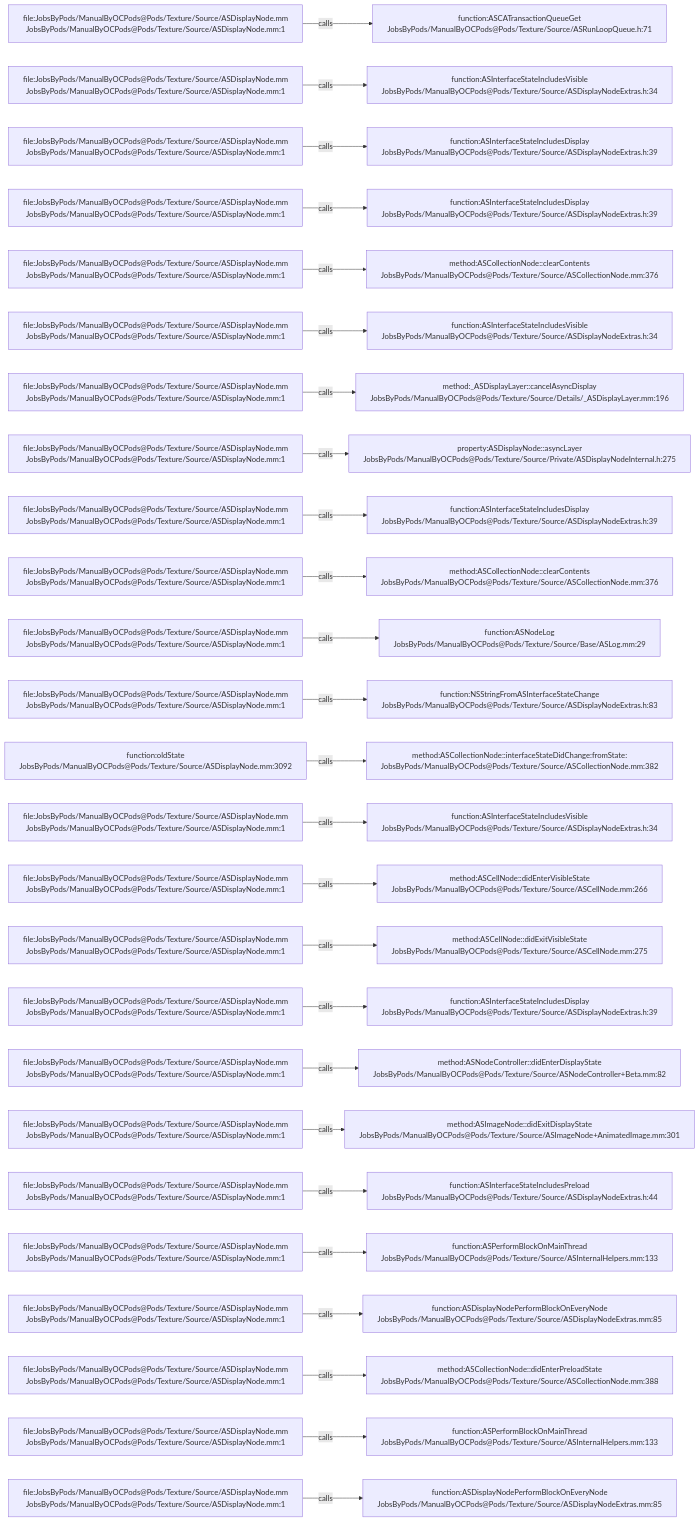
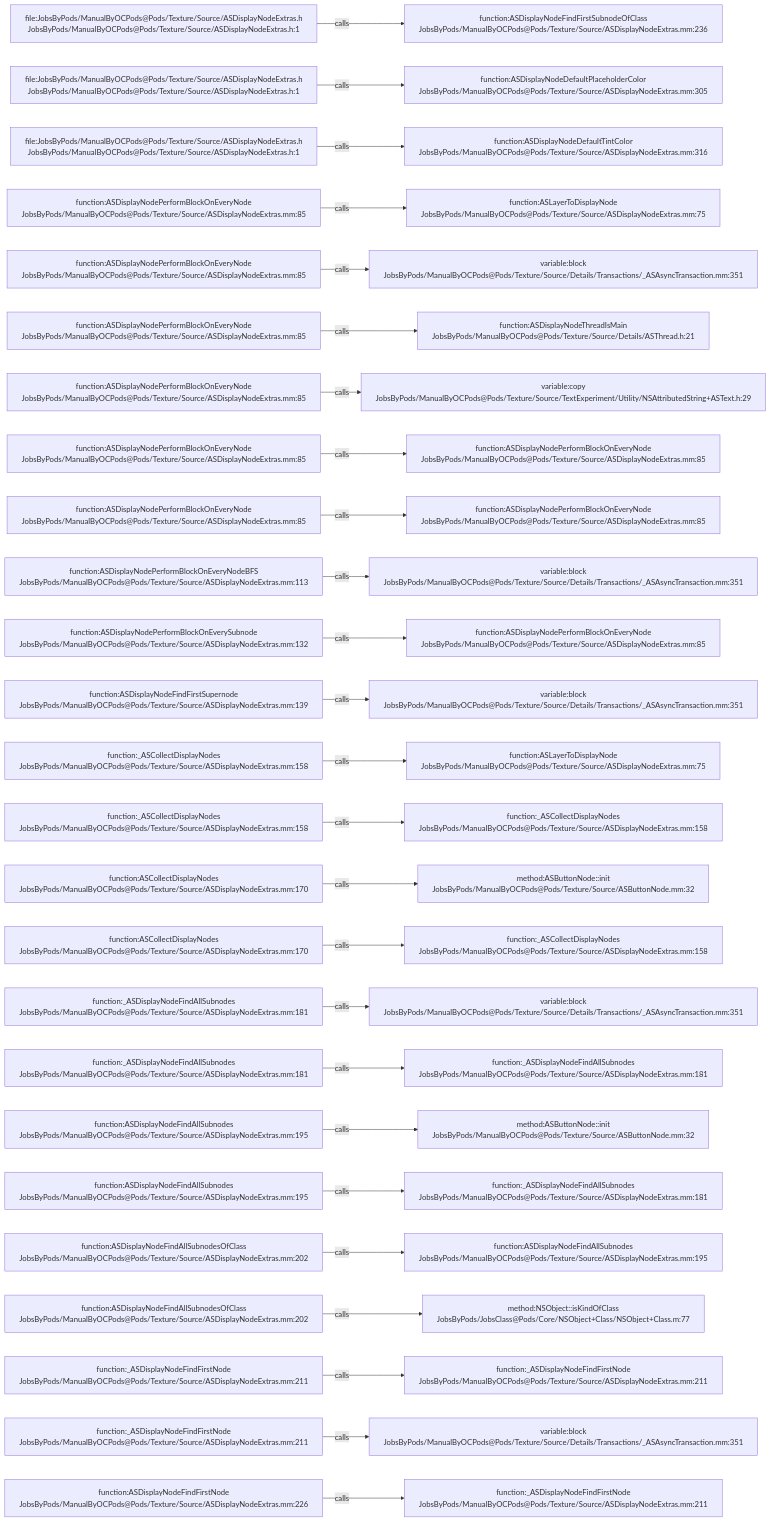
The diagram in .codegraph/codegraph.md/graphs/calls-104.md (JobsKits/JobsOCBaseConfigDemo), drawn with Mermaid before and after one commit. The commit also changed 1353 other files, not shown here.

````diff
--- a/.codegraph/codegraph.md/graphs/calls-104.md
+++ b/.codegraph/codegraph.md/graphs/calls-104.md
@@ -13,78 +13,78 @@
 ```mermaid
 flowchart LR
-  S1["file:JobsByPods/ManualByOCPods@Pods/Texture/Source/ASDisplayNode.mm<br/>JobsByPods/ManualByOCPods@Pods/Texture/Source/ASDisplayNode.mm:1"]
-  T1["function:ASCATransactionQueueGet<br/>JobsByPods/ManualByOCPods@Pods/Texture/Source/ASRunLoopQueue.h:71"]
+  S1["file:JobsByPods/ManualByOCPods@Pods/Texture/Source/ASDisplayNodeExtras.h<br/>JobsByPods/ManualByOCPods@Pods/Texture/Source/ASDisplayNodeExtras.h:1"]
+  T1["function:ASDisplayNodeFindFirstSubnodeOfClass<br/>JobsByPods/ManualByOCPods@Pods/Texture/Source/ASDisplayNodeExtras.mm:236"]
   S1 -->|calls| T1
-  S2["file:JobsByPods/ManualByOCPods@Pods/Texture/Source/ASDisplayNode.mm<br/>JobsByPods/ManualByOCPods@Pods/Texture/Source/ASDisplayNode.mm:1"]
-  T2["function:ASInterfaceStateIncludesVisible<br/>JobsByPods/ManualByOCPods@Pods/Texture/Source/ASDisplayNodeExtras.h:34"]
+  S2["file:JobsByPods/ManualByOCPods@Pods/Texture/Source/ASDisplayNodeExtras.h<br/>JobsByPods/ManualByOCPods@Pods/Texture/Source/ASDisplayNodeExtras.h:1"]
+  T2["function:ASDisplayNodeDefaultPlaceholderColor<br/>JobsByPods/ManualByOCPods@Pods/Texture/Source/ASDisplayNodeExtras.mm:305"]
   S2 -->|calls| T2
-  S3["file:JobsByPods/ManualByOCPods@Pods/Texture/Source/ASDisplayNode.mm<br/>JobsByPods/ManualByOCPods@Pods/Texture/Source/ASDisplayNode.mm:1"]
-  T3["function:ASInterfaceStateIncludesDisplay<br/>JobsByPods/ManualByOCPods@Pods/Texture/Source/ASDisplayNodeExtras.h:39"]
+  S3["file:JobsByPods/ManualByOCPods@Pods/Texture/Source/ASDisplayNodeExtras.h<br/>JobsByPods/ManualByOCPods@Pods/Texture/Source/ASDisplayNodeExtras.h:1"]
+  T3["function:ASDisplayNodeDefaultTintColor<br/>JobsByPods/ManualByOCPods@Pods/Texture/Source/ASDisplayNodeExtras.mm:316"]
   S3 -->|calls| T3
-  S4["file:JobsByPods/ManualByOCPods@Pods/Texture/Source/ASDisplayNode.mm<br/>JobsByPods/ManualByOCPods@Pods/Texture/Source/ASDisplayNode.mm:1"]
-  T4["function:ASInterfaceStateIncludesDisplay<br/>JobsByPods/ManualByOCPods@Pods/Texture/Source/ASDisplayNodeExtras.h:39"]
+  S4["function:ASDisplayNodePerformBlockOnEveryNode<br/>JobsByPods/ManualByOCPods@Pods/Texture/Source/ASDisplayNodeExtras.mm:85"]
+  T4["function:ASLayerToDisplayNode<br/>JobsByPods/ManualByOCPods@Pods/Texture/Source/ASDisplayNodeExtras.mm:75"]
   S4 -->|calls| T4
-  S5["file:JobsByPods/ManualByOCPods@Pods/Texture/Source/ASDisplayNode.mm<br/>JobsByPods/ManualByOCPods@Pods/Texture/Source/ASDisplayNode.mm:1"]
-  T5["method:ASCollectionNode::clearContents<br/>JobsByPods/ManualByOCPods@Pods/Texture/Source/ASCollectionNode.mm:376"]
+  S5["function:ASDisplayNodePerformBlockOnEveryNode<br/>JobsByPods/ManualByOCPods@Pods/Texture/Source/ASDisplayNodeExtras.mm:85"]
+  T5["variable:block<br/>JobsByPods/ManualByOCPods@Pods/Texture/Source/Details/Transactions/_ASAsyncTransaction.mm:351"]
   S5 -->|calls| T5
-  S6["file:JobsByPods/ManualByOCPods@Pods/Texture/Source/ASDisplayNode.mm<br/>JobsByPods/ManualByOCPods@Pods/Texture/Source/ASDisplayNode.mm:1"]
-  T6["function:ASInterfaceStateIncludesVisible<br/>JobsByPods/ManualByOCPods@Pods/Texture/Source/ASDisplayNodeExtras.h:34"]
+  S6["function:ASDisplayNodePerformBlockOnEveryNode<br/>JobsByPods/ManualByOCPods@Pods/Texture/Source/ASDisplayNodeExtras.mm:85"]
+  T6["function:ASDisplayNodeThreadIsMain<br/>JobsByPods/ManualByOCPods@Pods/Texture/Source/Details/ASThread.h:21"]
   S6 -->|calls| T6
-  S7["file:JobsByPods/ManualByOCPods@Pods/Texture/Source/ASDisplayNode.mm<br/>JobsByPods/ManualByOCPods@Pods/Texture/Source/ASDisplayNode.mm:1"]
-  T7["method:_ASDisplayLayer::cancelAsyncDisplay<br/>JobsByPods/ManualByOCPods@Pods/Texture/Source/Details/_ASDisplayLayer.mm:196"]
+  S7["function:ASDisplayNodePerformBlockOnEveryNode<br/>JobsByPods/ManualByOCPods@Pods/Texture/Source/ASDisplayNodeExtras.mm:85"]
+  T7["variable:copy<br/>JobsByPods/ManualByOCPods@Pods/Texture/Source/TextExperiment/Utility/NSAttributedString+ASText.h:29"]
   S7 -->|calls| T7
-  S8["file:JobsByPods/ManualByOCPods@Pods/Texture/Source/ASDisplayNode.mm<br/>JobsByPods/ManualByOCPods@Pods/Texture/Source/ASDisplayNode.mm:1"]
-  T8["property:ASDisplayNode::asyncLayer<br/>JobsByPods/ManualByOCPods@Pods/Texture/Source/Private/ASDisplayNodeInternal.h:275"]
+  S8["function:ASDisplayNodePerformBlockOnEveryNode<br/>JobsByPods/ManualByOCPods@Pods/Texture/Source/ASDisplayNodeExtras.mm:85"]
+  T8["function:ASDisplayNodePerformBlockOnEveryNode<br/>JobsByPods/ManualByOCPods@Pods/Texture/Source/ASDisplayNodeExtras.mm:85"]
   S8 -->|calls| T8
-  S9["file:JobsByPods/ManualByOCPods@Pods/Texture/Source/ASDisplayNode.mm<br/>JobsByPods/ManualByOCPods@Pods/Texture/Source/ASDisplayNode.mm:1"]
-  T9["function:ASInterfaceStateIncludesDisplay<br/>JobsByPods/ManualByOCPods@Pods/Texture/Source/ASDisplayNodeExtras.h:39"]
+  S9["function:ASDisplayNodePerformBlockOnEveryNode<br/>JobsByPods/ManualByOCPods@Pods/Texture/Source/ASDisplayNodeExtras.mm:85"]
+  T9["function:ASDisplayNodePerformBlockOnEveryNode<br/>JobsByPods/ManualByOCPods@Pods/Texture/Source/ASDisplayNodeExtras.mm:85"]
   S9 -->|calls| T9
-  S10["file:JobsByPods/ManualByOCPods@Pods/Texture/Source/ASDisplayNode.mm<br/>JobsByPods/ManualByOCPods@Pods/Texture/Source/ASDisplayNode.mm:1"]
-  T10["method:ASCollectionNode::clearContents<br/>JobsByPods/ManualByOCPods@Pods/Texture/Source/ASCollectionNode.mm:376"]
+  S10["function:ASDisplayNodePerformBlockOnEveryNodeBFS<br/>JobsByPods/ManualByOCPods@Pods/Texture/Source/ASDisplayNodeExtras.mm:113"]
+  T10["variable:block<br/>JobsByPods/ManualByOCPods@Pods/Texture/Source/Details/Transactions/_ASAsyncTransaction.mm:351"]
   S10 -->|calls| T10
-  S11["file:JobsByPods/ManualByOCPods@Pods/Texture/Source/ASDisplayNode.mm<br/>JobsByPods/ManualByOCPods@Pods/Texture/Source/ASDisplayNode.mm:1"]
-  T11["function:ASNodeLog<br/>JobsByPods/ManualByOCPods@Pods/Texture/Source/Base/ASLog.mm:29"]
+  S11["function:ASDisplayNodePerformBlockOnEverySubnode<br/>JobsByPods/ManualByOCPods@Pods/Texture/Source/ASDisplayNodeExtras.mm:132"]
+  T11["function:ASDisplayNodePerformBlockOnEveryNode<br/>JobsByPods/ManualByOCPods@Pods/Texture/Source/ASDisplayNodeExtras.mm:85"]
   S11 -->|calls| T11
-  S12["file:JobsByPods/ManualByOCPods@Pods/Texture/Source/ASDisplayNode.mm<br/>JobsByPods/ManualByOCPods@Pods/Texture/Source/ASDisplayNode.mm:1"]
-  T12["function:NSStringFromASInterfaceStateChange<br/>JobsByPods/ManualByOCPods@Pods/Texture/Source/ASDisplayNodeExtras.h:83"]
+  S12["function:ASDisplayNodeFindFirstSupernode<br/>JobsByPods/ManualByOCPods@Pods/Texture/Source/ASDisplayNodeExtras.mm:139"]
+  T12["variable:block<br/>JobsByPods/ManualByOCPods@Pods/Texture/Source/Details/Transactions/_ASAsyncTransaction.mm:351"]
   S12 -->|calls| T12
-  S13["function:oldState<br/>JobsByPods/ManualByOCPods@Pods/Texture/Source/ASDisplayNode.mm:3092"]
-  T13["method:ASCollectionNode::interfaceStateDidChange:fromState:<br/>JobsByPods/ManualByOCPods@Pods/Texture/Source/ASCollectionNode.mm:382"]
+  S13["function:_ASCollectDisplayNodes<br/>JobsByPods/ManualByOCPods@Pods/Texture/Source/ASDisplayNodeExtras.mm:158"]
+  T13["function:ASLayerToDisplayNode<br/>JobsByPods/ManualByOCPods@Pods/Texture/Source/ASDisplayNodeExtras.mm:75"]
   S13 -->|calls| T13
-  S14["file:JobsByPods/ManualByOCPods@Pods/Texture/Source/ASDisplayNode.mm<br/>JobsByPods/ManualByOCPods@Pods/Texture/Source/ASDisplayNode.mm:1"]
-  T14["function:ASInterfaceStateIncludesVisible<br/>JobsByPods/ManualByOCPods@Pods/Texture/Source/ASDisplayNodeExtras.h:34"]
+  S14["function:_ASCollectDisplayNodes<br/>JobsByPods/ManualByOCPods@Pods/Texture/Source/ASDisplayNodeExtras.mm:158"]
+  T14["function:_ASCollectDisplayNodes<br/>JobsByPods/ManualByOCPods@Pods/Texture/Source/ASDisplayNodeExtras.mm:158"]
   S14 -->|calls| T14
-  S15["file:JobsByPods/ManualByOCPods@Pods/Texture/Source/ASDisplayNode.mm<br/>JobsByPods/ManualByOCPods@Pods/Texture/Source/ASDisplayNode.mm:1"]
-  T15["method:ASCellNode::didEnterVisibleState<br/>JobsByPods/ManualByOCPods@Pods/Texture/Source/ASCellNode.mm:266"]
+  S15["function:ASCollectDisplayNodes<br/>JobsByPods/ManualByOCPods@Pods/Texture/Source/ASDisplayNodeExtras.mm:170"]
+  T15["method:ASButtonNode::init<br/>JobsByPods/ManualByOCPods@Pods/Texture/Source/ASButtonNode.mm:32"]
   S15 -->|calls| T15
-  S16["file:JobsByPods/ManualByOCPods@Pods/Texture/Source/ASDisplayNode.mm<br/>JobsByPods/ManualByOCPods@Pods/Texture/Source/ASDisplayNode.mm:1"]
-  T16["method:ASCellNode::didExitVisibleState<br/>JobsByPods/ManualByOCPods@Pods/Texture/Source/ASCellNode.mm:275"]
+  S16["function:ASCollectDisplayNodes<br/>JobsByPods/ManualByOCPods@Pods/Texture/Source/ASDisplayNodeExtras.mm:170"]
+  T16["function:_ASCollectDisplayNodes<br/>JobsByPods/ManualByOCPods@Pods/Texture/Source/ASDisplayNodeExtras.mm:158"]
   S16 -->|calls| T16
-  S17["file:JobsByPods/ManualByOCPods@Pods/Texture/Source/ASDisplayNode.mm<br/>JobsByPods/ManualByOCPods@Pods/Texture/Source/ASDisplayNode.mm:1"]
-  T17["function:ASInterfaceStateIncludesDisplay<br/>JobsByPods/ManualByOCPods@Pods/Texture/Source/ASDisplayNodeExtras.h:39"]
+  S17["function:_ASDisplayNodeFindAllSubnodes<br/>JobsByPods/ManualByOCPods@Pods/Texture/Source/ASDisplayNodeExtras.mm:181"]
+  T17["variable:block<br/>JobsByPods/ManualByOCPods@Pods/Texture/Source/Details/Transactions/_ASAsyncTransaction.mm:351"]
   S17 -->|calls| T17
-  S18["file:JobsByPods/ManualByOCPods@Pods/Texture/Source/ASDisplayNode.mm<br/>JobsByPods/ManualByOCPods@Pods/Texture/Source/ASDisplayNode.mm:1"]
-  T18["method:ASNodeController::didEnterDisplayState<br/>JobsByPods/ManualByOCPods@Pods/Texture/Source/ASNodeController+Beta.mm:82"]
+  S18["function:_ASDisplayNodeFindAllSubnodes<br/>JobsByPods/ManualByOCPods@Pods/Texture/Source/ASDisplayNodeExtras.mm:181"]
+  T18["function:_ASDisplayNodeFindAllSubnodes<br/>JobsByPods/ManualByOCPods@Pods/Texture/Source/ASDisplayNodeExtras.mm:181"]
   S18 -->|calls| T18
-  S19["file:JobsByPods/ManualByOCPods@Pods/Texture/Source/ASDisplayNode.mm<br/>JobsByPods/ManualByOCPods@Pods/Texture/Source/ASDisplayNode.mm:1"]
-  T19["method:ASImageNode::didExitDisplayState<br/>JobsByPods/ManualByOCPods@Pods/Texture/Source/ASImageNode+AnimatedImage.mm:301"]
+  S19["function:ASDisplayNodeFindAllSubnodes<br/>JobsByPods/ManualByOCPods@Pods/Texture/Source/ASDisplayNodeExtras.mm:195"]
+  T19["method:ASButtonNode::init<br/>JobsByPods/ManualByOCPods@Pods/Texture/Source/ASButtonNode.mm:32"]
   S19 -->|calls| T19
-  S20["file:JobsByPods/ManualByOCPods@Pods/Texture/Source/ASDisplayNode.mm<br/>JobsByPods/ManualByOCPods@Pods/Texture/Source/ASDisplayNode.mm:1"]
-  T20["function:ASInterfaceStateIncludesPreload<br/>JobsByPods/ManualByOCPods@Pods/Texture/Source/ASDisplayNodeExtras.h:44"]
+  S20["function:ASDisplayNodeFindAllSubnodes<br/>JobsByPods/ManualByOCPods@Pods/Texture/Source/ASDisplayNodeExtras.mm:195"]
+  T20["function:_ASDisplayNodeFindAllSubnodes<br/>JobsByPods/ManualByOCPods@Pods/Texture/Source/ASDisplayNodeExtras.mm:181"]
   S20 -->|calls| T20
-  S21["file:JobsByPods/ManualByOCPods@Pods/Texture/Source/ASDisplayNode.mm<br/>JobsByPods/ManualByOCPods@Pods/Texture/Source/ASDisplayNode.mm:1"]
-  T21["function:ASPerformBlockOnMainThread<br/>JobsByPods/ManualByOCPods@Pods/Texture/Source/ASInternalHelpers.mm:133"]
+  S21["function:ASDisplayNodeFindAllSubnodesOfClass<br/>JobsByPods/ManualByOCPods@Pods/Texture/Source/ASDisplayNodeExtras.mm:202"]
+  T21["function:ASDisplayNodeFindAllSubnodes<br/>JobsByPods/ManualByOCPods@Pods/Texture/Source/ASDisplayNodeExtras.mm:195"]
   S21 -->|calls| T21
-  S22["file:JobsByPods/ManualByOCPods@Pods/Texture/Source/ASDisplayNode.mm<br/>JobsByPods/ManualByOCPods@Pods/Texture/Source/ASDisplayNode.mm:1"]
-  T22["function:ASDisplayNodePerformBlockOnEveryNode<br/>JobsByPods/ManualByOCPods@Pods/Texture/Source/ASDisplayNodeExtras.mm:85"]
+  S22["function:ASDisplayNodeFindAllSubnodesOfClass<br/>JobsByPods/ManualByOCPods@Pods/Texture/Source/ASDisplayNodeExtras.mm:202"]
+  T22["method:NSObject::isKindOfClass<br/>JobsByPods/JobsClass@Pods/Core/NSObject+Class/NSObject+Class.m:77"]
   S22 -->|calls| T22
-  S23["file:JobsByPods/ManualByOCPods@Pods/Texture/Source/ASDisplayNode.mm<br/>JobsByPods/ManualByOCPods@Pods/Texture/Source/ASDisplayNode.mm:1"]
-  T23["method:ASCollectionNode::didEnterPreloadState<br/>JobsByPods/ManualByOCPods@Pods/Texture/Source/ASCollectionNode.mm:388"]
+  S23["function:_ASDisplayNodeFindFirstNode<br/>JobsByPods/ManualByOCPods@Pods/Texture/Source/ASDisplayNodeExtras.mm:211"]
+  T23["function:_ASDisplayNodeFindFirstNode<br/>JobsByPods/ManualByOCPods@Pods/Texture/Source/ASDisplayNodeExtras.mm:211"]
   S23 -->|calls| T23
-  S24["file:JobsByPods/ManualByOCPods@Pods/Texture/Source/ASDisplayNode.mm<br/>JobsByPods/ManualByOCPods@Pods/Texture/Source/ASDisplayNode.mm:1"]
-  T24["function:ASPerformBlockOnMainThread<br/>JobsByPods/ManualByOCPods@Pods/Texture/Source/ASInternalHelpers.mm:133"]
+  S24["function:_ASDisplayNodeFindFirstNode<br/>JobsByPods/ManualByOCPods@Pods/Texture/Source/ASDisplayNodeExtras.mm:211"]
+  T24["variable:block<br/>JobsByPods/ManualByOCPods@Pods/Texture/Source/Details/Transactions/_ASAsyncTransaction.mm:351"]
   S24 -->|calls| T24
-  S25["file:JobsByPods/ManualByOCPods@Pods/Texture/Source/ASDisplayNode.mm<br/>JobsByPods/ManualByOCPods@Pods/Texture/Source/ASDisplayNode.mm:1"]
-  T25["function:ASDisplayNodePerformBlockOnEveryNode<br/>JobsByPods/ManualByOCPods@Pods/Texture/Source/ASDisplayNodeExtras.mm:85"]
+  S25["function:ASDisplayNodeFindFirstNode<br/>JobsByPods/ManualByOCPods@Pods/Texture/Source/ASDisplayNodeExtras.mm:226"]
+  T25["function:_ASDisplayNodeFindFirstNode<br/>JobsByPods/ManualByOCPods@Pods/Texture/Source/ASDisplayNodeExtras.mm:211"]
   S25 -->|calls| T25
 ```
````
